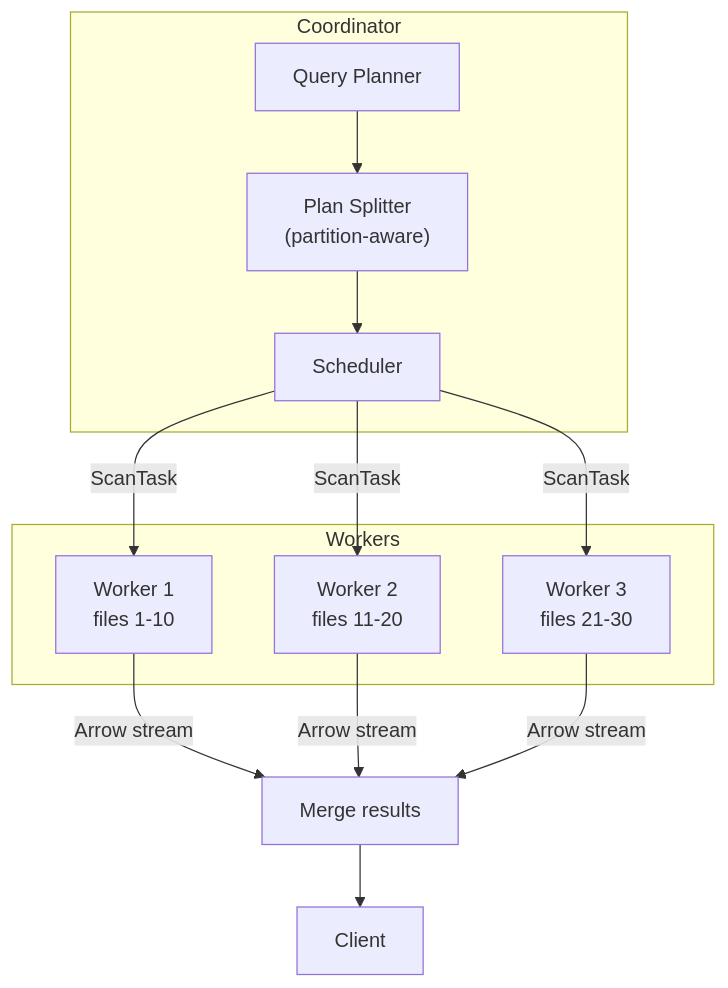
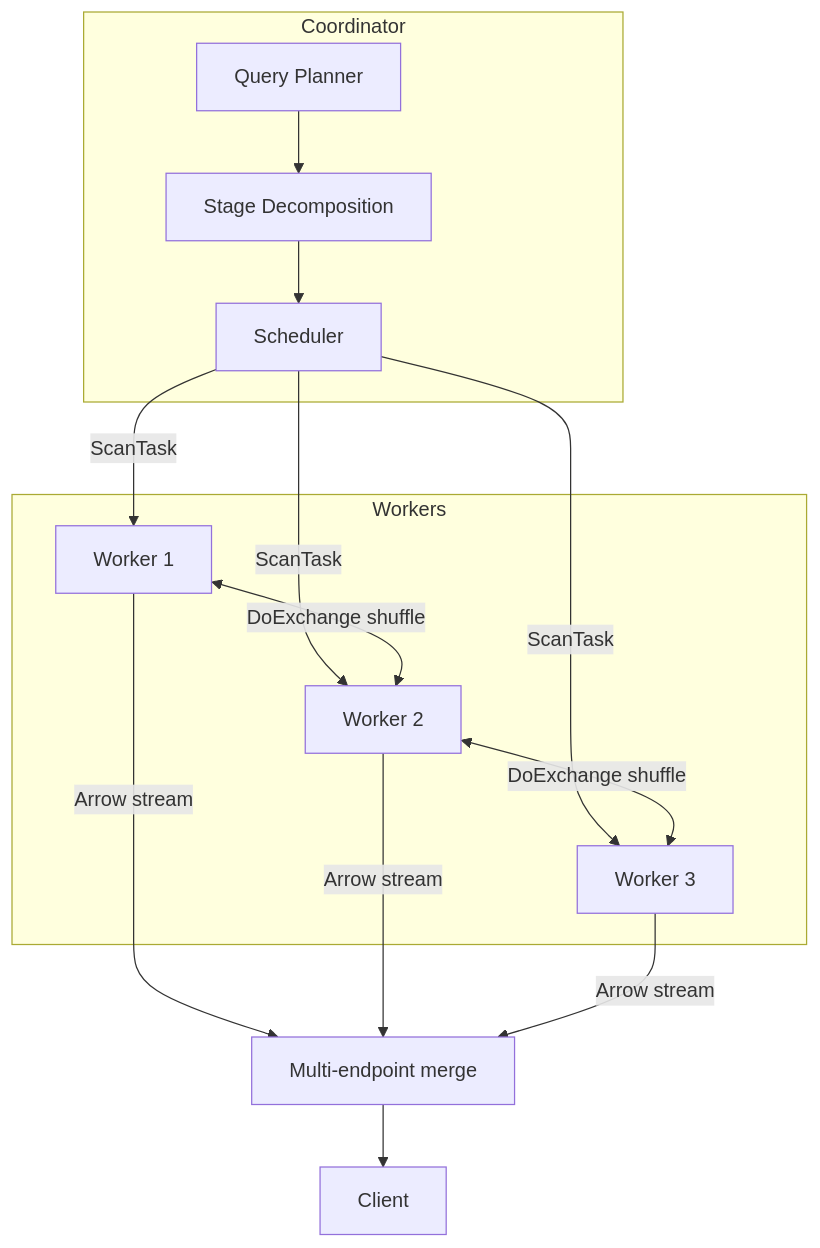
Before and after one commit to schubergphilis/sqe: the third of 4 diagrams in docs/book/src/development/roadmap.md, drawn with Mermaid. The commit also changed other lines of this file and 53 other files, not shown here.

First line of the commit message:
chore: docs cleanup, archive completed work, add dbt+schema evolution spec

````diff
--- a/docs/book/src/development/roadmap.md
+++ b/docs/book/src/development/roadmap.md
@@ -163,18 +164,20 @@
 ```mermaid
 graph TB
     subgraph Coordinator
-        PLAN["Query Planner"] --> SPLIT["Plan Splitter<br/>(partition-aware)"]
-        SPLIT --> SCHED["Scheduler"]
+        PLAN["Query Planner"] --> STAGE["Stage Decomposition"]
+        STAGE --> SCHED["Scheduler"]
     end
 
     subgraph Workers
-        SCHED -->|ScanTask| W1["Worker 1<br/>files 1-10"]
-        SCHED -->|ScanTask| W2["Worker 2<br/>files 11-20"]
-        SCHED -->|ScanTask| W3["Worker 3<br/>files 21-30"]
+        SCHED -->|ScanTask| W1["Worker 1"]
+        SCHED -->|ScanTask| W2["Worker 2"]
+        SCHED -->|ScanTask| W3["Worker 3"]
     end
 
-    W1 -->|Arrow stream| MERGE["Merge results"]
+    W1 <-->|DoExchange shuffle| W2
+    W2 <-->|DoExchange shuffle| W3
+    W1 -->|Arrow stream| MERGE["Multi-endpoint merge"]
     W2 -->|Arrow stream| MERGE
     W3 -->|Arrow stream| MERGE
     MERGE --> CLIENT["Client"]
 ```
````
